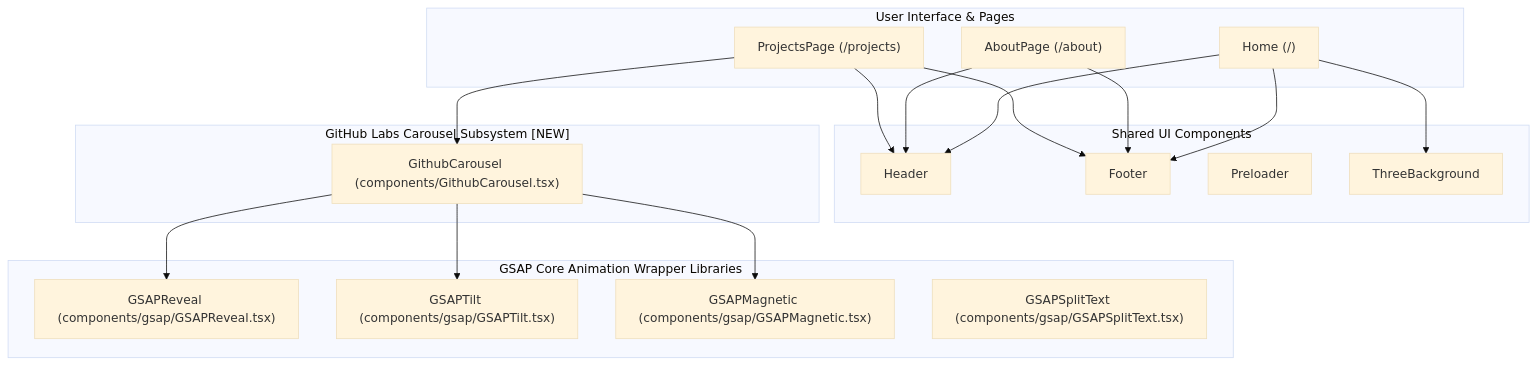
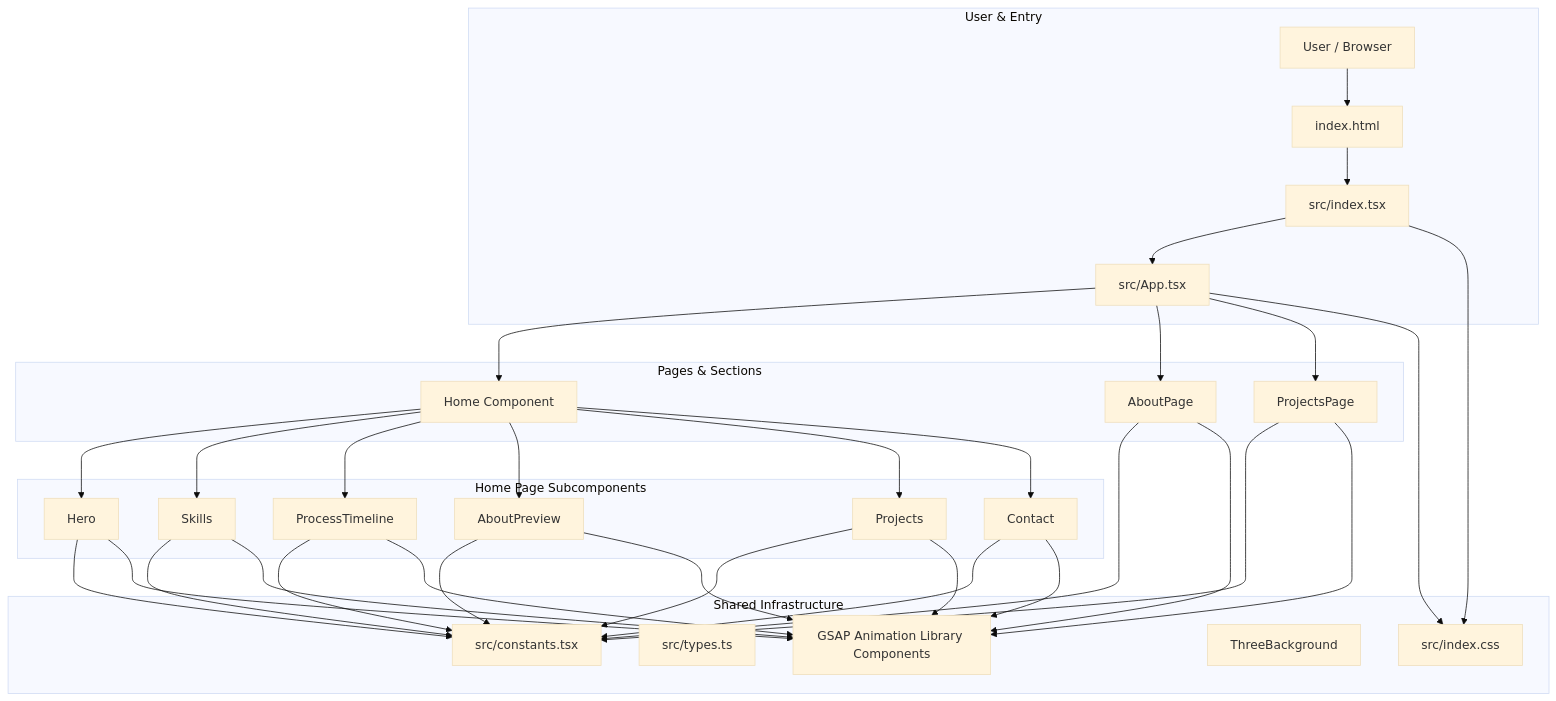
Before and after one commit to AhmedNasser-bug/Ahmed-Nasser-s: the diagram in docs/architecture/system-topology.md, drawn with Mermaid (base theme). The commit also changed other lines of this file and 35 other files, not shown here.

````diff
--- a/docs/architecture/system-topology.md
+++ b/docs/architecture/system-topology.md
@@ -7,39 +7,50 @@
 ```mermaid
 graph TD
-  subgraph "User Interface & Pages"
-    Home["Home (/)"]
-    About["AboutPage (/about)"]
-    Projects["ProjectsPage (/projects)"]
+  subgraph "User & Entry"
+    USER[User / Browser]
+    HTML[index.html]
+    INDEX_TSX[src/index.tsx]
+    APP_TSX[src/App.tsx]
   end
 
-  subgraph "Shared UI Components"
-    Header
-    Footer
-    Preloader
-    ThreeBackground
+  subgraph "Pages & Sections"
+    HOME[Home Component]
+    ABOUT_PAGE[AboutPage]
+    PROJECTS_PAGE[ProjectsPage]
   end
 
-  subgraph "GSAP Core Animation Wrapper Libraries"
-    GSAPReveal["GSAPReveal (components/gsap/GSAPReveal.tsx)"]
-    GSAPTilt["GSAPTilt (components/gsap/GSAPTilt.tsx)"]
-    GSAPMagnetic["GSAPMagnetic (components/gsap/GSAPMagnetic.tsx)"]
-    GSAPSplitText["GSAPSplitText (components/gsap/GSAPSplitText.tsx)"]
+  subgraph "Home Page Subcomponents"
+    HERO[Hero]
+    SKILLS[Skills]
+    TIMELINE[ProcessTimeline]
+    ABOUT_PREV[AboutPreview]
+    PROJECTS_PREV[Projects]
+    CONTACT[Contact]
   end
 
-  subgraph "GitHub Labs Carousel Subsystem [NEW]"
-    GithubCarousel["GithubCarousel (components/GithubCarousel.tsx)"]
+  subgraph "Shared Infrastructure"
+    CONSTANTS[src/constants.tsx]
+    TYPES[src/types.ts]
+    CSS[src/index.css]
+    THREE_BG[ThreeBackground]
+    GSAP_LIB[GSAP Animation Library Components]
   end
 
-  Home --> Header
-  Home --> Footer
-  Home --> ThreeBackground
-  About --> Header
-  About --> Footer
-  Projects --> Header
-  Projects --> Footer
-  Projects --> GithubCarousel
-  
-  GithubCarousel --> GSAPTilt
-  GithubCarousel --> GSAPMagnetic
-  GithubCarousel --> GSAPReveal
+  USER --> HTML
+  HTML --> INDEX_TSX
+  INDEX_TSX --> APP_TSX
+  APP_TSX --> HOME
+  APP_TSX --> ABOUT_PAGE
+  APP_TSX --> PROJECTS_PAGE
+
+  HOME --> HERO
+  HOME --> SKILLS
+  HOME --> TIMELINE
+  HOME --> ABOUT_PREV
+  HOME --> PROJECTS_PREV
+  HOME --> CONTACT
+
+  HERO & SKILLS & TIMELINE & ABOUT_PREV & PROJECTS_PREV & CONTACT & ABOUT_PAGE & PROJECTS_PAGE --> CONSTANTS
+  HERO & SKILLS & TIMELINE & ABOUT_PREV & PROJECTS_PREV & CONTACT & ABOUT_PAGE & PROJECTS_PAGE --> GSAP_LIB
+  INDEX_TSX & APP_TSX --> CSS
 ```
````
